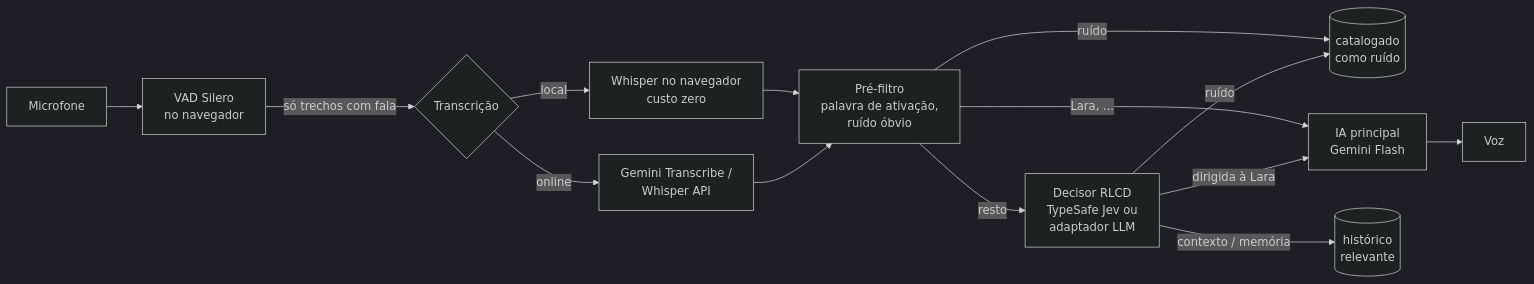
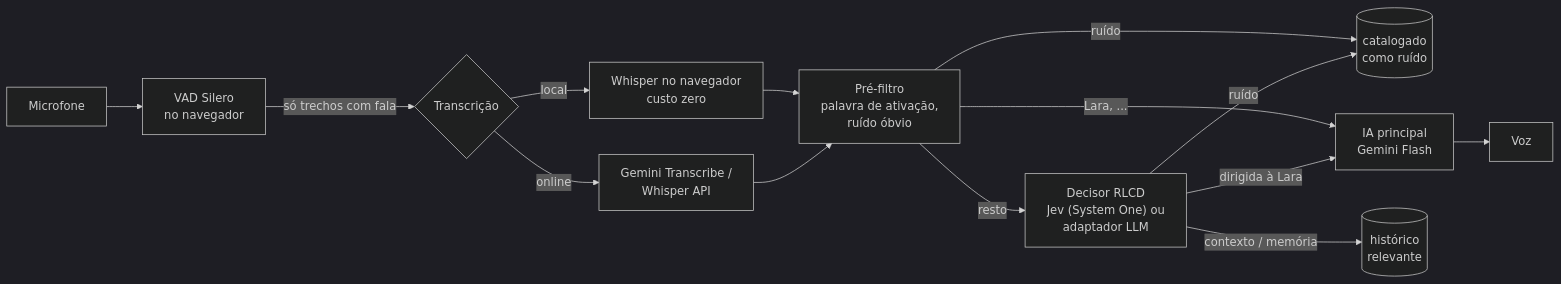
One commit to arismarioneves/Lara changed the diagram in README.md. Above: the diagram before and after it, drawn with Mermaid (dark theme). The commit also changed other lines of this file and 9 other files, not shown here.

First line of the commit message:
Triagem com Jev pelo OpenRouter (System One)

````diff
--- a/README.md
+++ b/README.md
@@ -11,16 +11,16 @@
 ```mermaid
 flowchart LR
     A[Microfone] --> B["VAD Silero<br/>no navegador"]
     B -->|só trechos com fala| C{Transcrição}
     C -->|local| C1["Whisper no navegador<br/>custo zero"]
     C -->|online| C2["Gemini Transcribe /<br/>Whisper API"]
     C1 --> D["Pré-filtro<br/>palavra de ativação,<br/>ruído óbvio"]
     C2 --> D
     D -->|ruído| N[("catalogado<br/>como ruído")]
     D -->|"Lara, ..."| R
-    D -->|resto| E["Decisor RLCD<br/>TypeSafe Jev ou<br/>adaptador LLM"]
+    D -->|resto| E["Decisor RLCD<br/>Jev (System One) ou<br/>adaptador LLM"]
     E -->|dirigida à Lara| R["IA principal<br/>Gemini Flash"]
     E -->|contexto / memória| M[("histórico<br/>relevante")]
     E -->|ruído| N
     R --> V[Voz]
 ```
````
